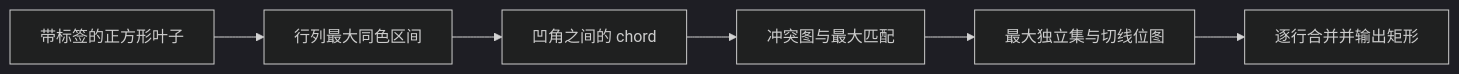
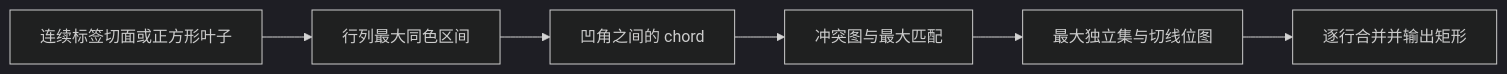
The diagram in docs/algorithm.md (bWFuanVzYWth/rectangle-decomposition), drawn with Mermaid (dark theme) before and after one commit. The commit also changed 34 other files, not shown here.

````diff
--- a/docs/algorithm.md
+++ b/docs/algorithm.md
@@ -102,8 +102,8 @@
 ```mermaid
 flowchart LR
-    A["带标签的正方形叶子"] --> B["行列最大同色区间"]
+    A["连续标签切面或正方形叶子"] --> B["行列最大同色区间"]
     B --> C["凹角之间的 chord"]
     C --> D["冲突图与最大匹配"]
     D --> E["最大独立集与切线位图"]
     E --> F["逐行合并并输出矩形"]
 ```
````
